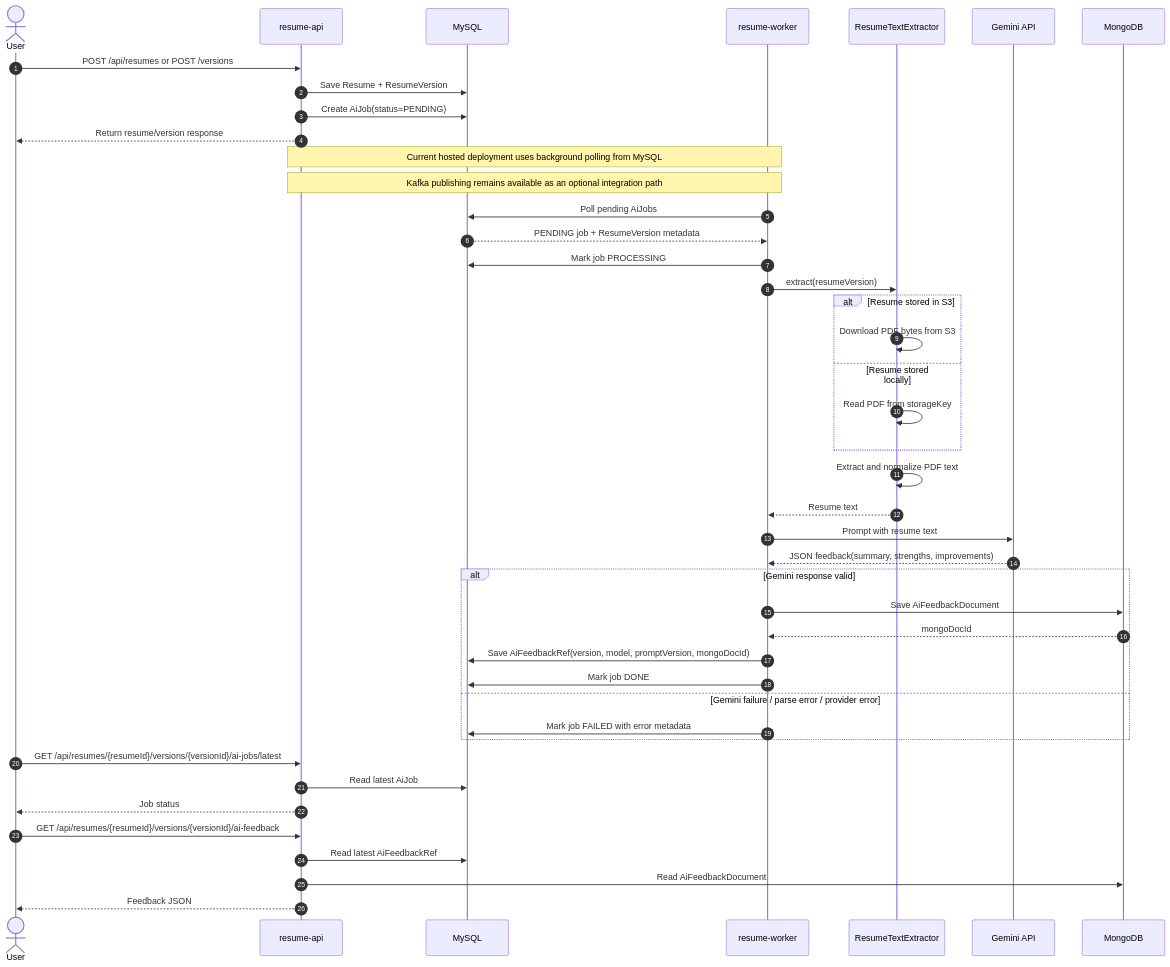
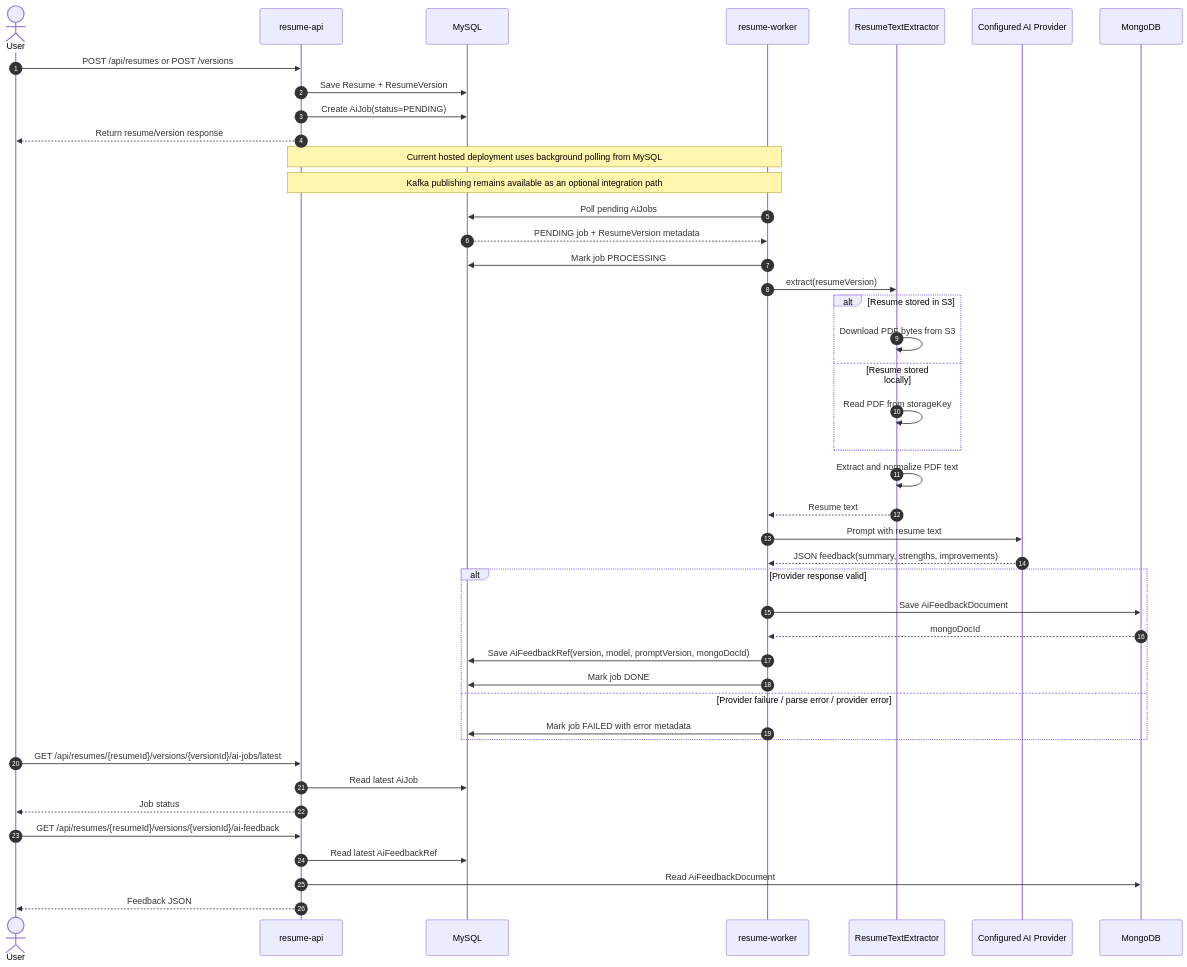
Before and after one commit to helenapedro/resume-feedback-platform: the second of 3 diagrams in docs/project-documentation/architecture.md, drawn with Mermaid. The commit also changed other lines of this file and 31 other files, not shown here.

````diff
--- a/docs/project-documentation/architecture.md
+++ b/docs/project-documentation/architecture.md
@@ -48,55 +48,55 @@
 ```mermaid
 sequenceDiagram
     autonumber
     actor User
     participant API as resume-api
     participant MySQL as MySQL
     participant Worker as resume-worker
     participant Extractor as ResumeTextExtractor
-    participant Gemini as Gemini API
+    participant Provider as Configured AI Provider
     participant Mongo as MongoDB
 
     User->>API: POST /api/resumes or POST /versions
     API->>MySQL: Save Resume + ResumeVersion
     API->>MySQL: Create AiJob(status=PENDING)
     API-->>User: Return resume/version response
 
     Note over API,Worker: Current hosted deployment uses background polling from MySQL
     Note over API,Worker: Kafka publishing remains available as an optional integration path
 
     Worker->>MySQL: Poll pending AiJobs
     MySQL-->>Worker: PENDING job + ResumeVersion metadata
 
     Worker->>MySQL: Mark job PROCESSING
     Worker->>Extractor: extract(resumeVersion)
 
     alt Resume stored in S3
         Extractor->>Extractor: Download PDF bytes from S3
     else Resume stored locally
         Extractor->>Extractor: Read PDF from storageKey
     end
 
     Extractor->>Extractor: Extract and normalize PDF text
     Extractor-->>Worker: Resume text
 
-    Worker->>Gemini: Prompt with resume text
-    Gemini-->>Worker: JSON feedback(summary, strengths, improvements)
+    Worker->>Provider: Prompt with resume text
+    Provider-->>Worker: JSON feedback(summary, strengths, improvements)
 
-    alt Gemini response valid
+    alt Provider response valid
         Worker->>Mongo: Save AiFeedbackDocument
         Mongo-->>Worker: mongoDocId
         Worker->>MySQL: Save AiFeedbackRef(version, model, promptVersion, mongoDocId)
         Worker->>MySQL: Mark job DONE
-    else Gemini failure / parse error / provider error
+    else Provider failure / parse error / provider error
         Worker->>MySQL: Mark job FAILED with error metadata
     end
 
     User->>API: GET /api/resumes/{resumeId}/versions/{versionId}/ai-jobs/latest
     API->>MySQL: Read latest AiJob
     API-->>User: Job status
 
     User->>API: GET /api/resumes/{resumeId}/versions/{versionId}/ai-feedback
     API->>MySQL: Read latest AiFeedbackRef
     API->>Mongo: Read AiFeedbackDocument
     API-->>User: Feedback JSON
 ```
````
